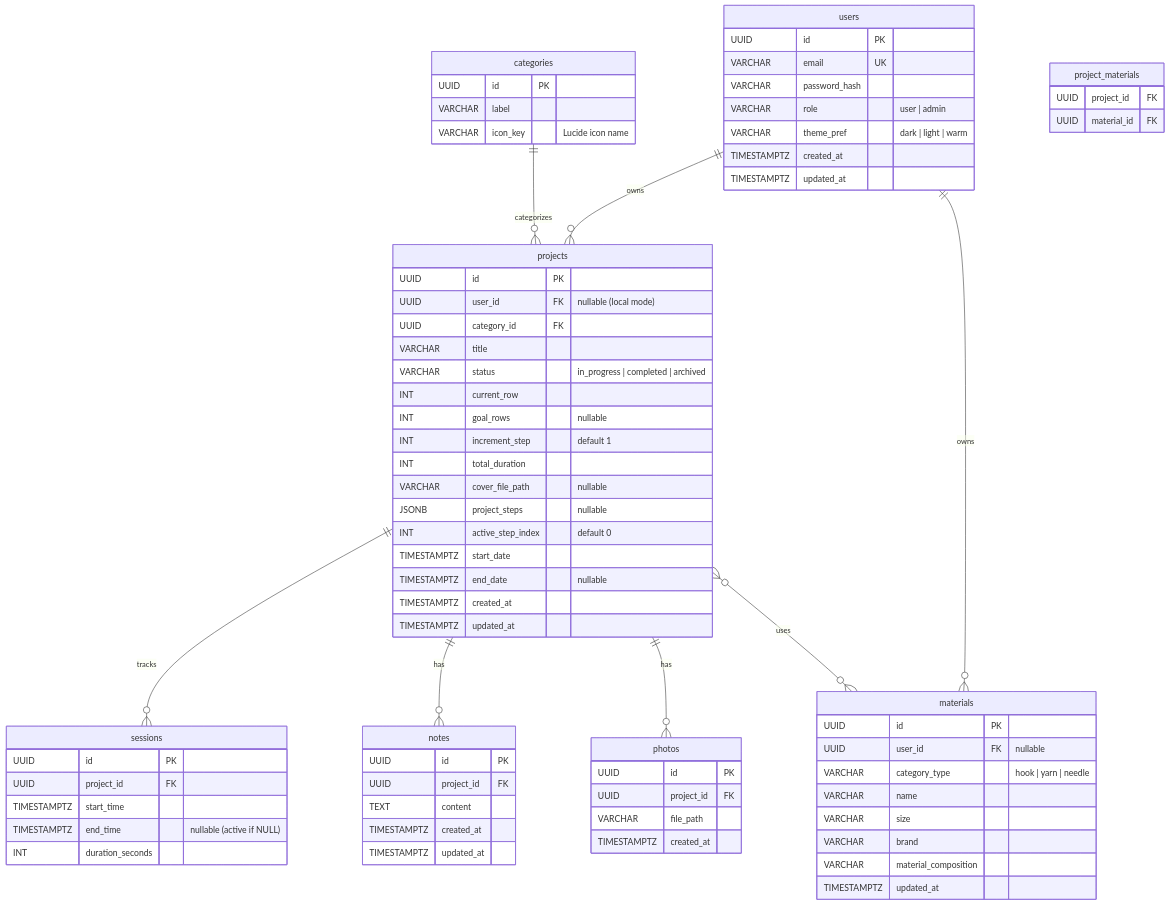
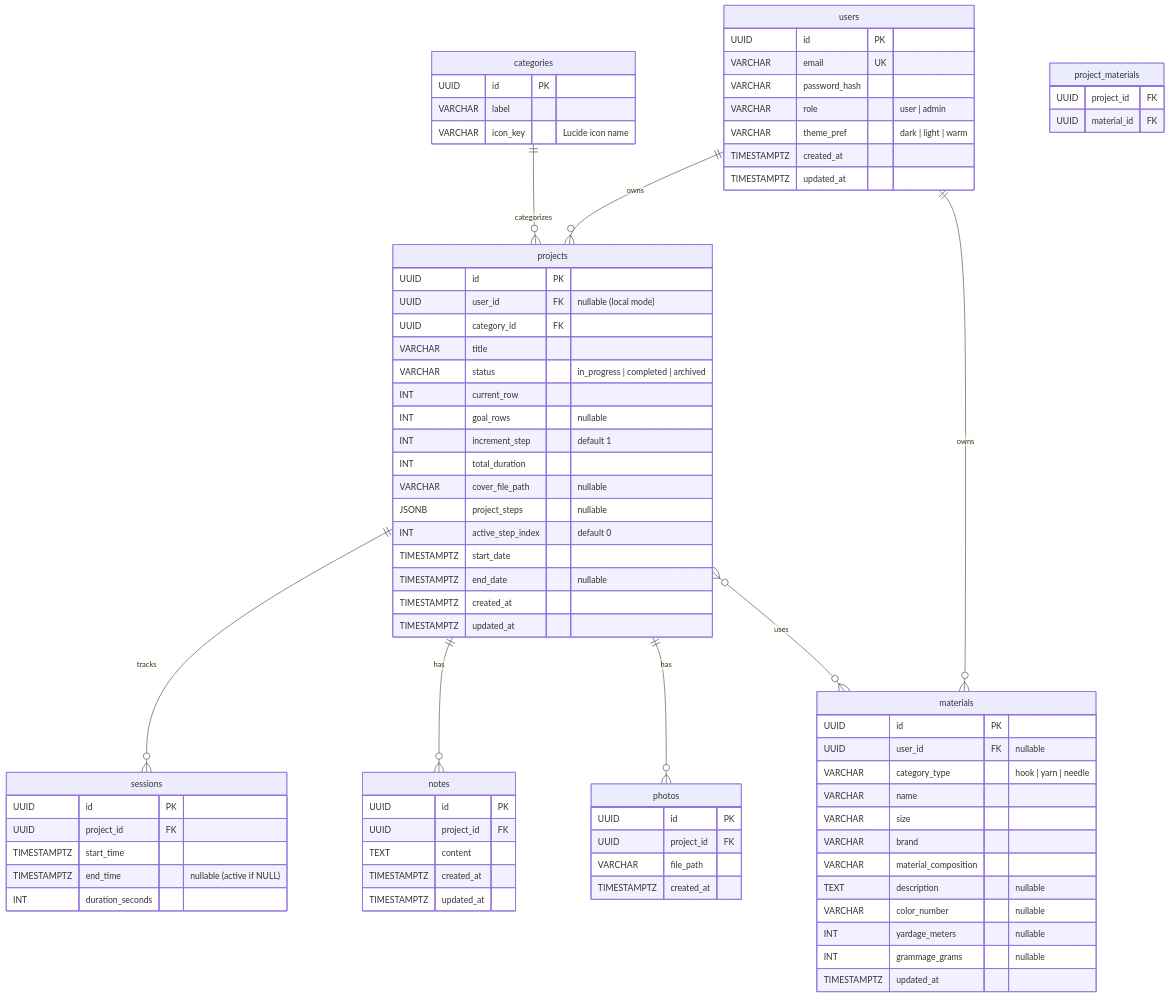
The fifth of 5 diagrams in .agent/spec/design.md (PumixA/hooked), drawn with Mermaid before and after one commit. The commit also changed 18 other files, not shown here.

```diff
--- a/.agent/spec/design.md
+++ b/.agent/spec/design.md
@@ -202,6 +202,10 @@
         VARCHAR size
         VARCHAR brand
         VARCHAR material_composition
+        TEXT description "nullable"
+        VARCHAR color_number "nullable"
+        INT yardage_meters "nullable"
+        INT grammage_grams "nullable"
         TIMESTAMPTZ updated_at
     }
 
```
